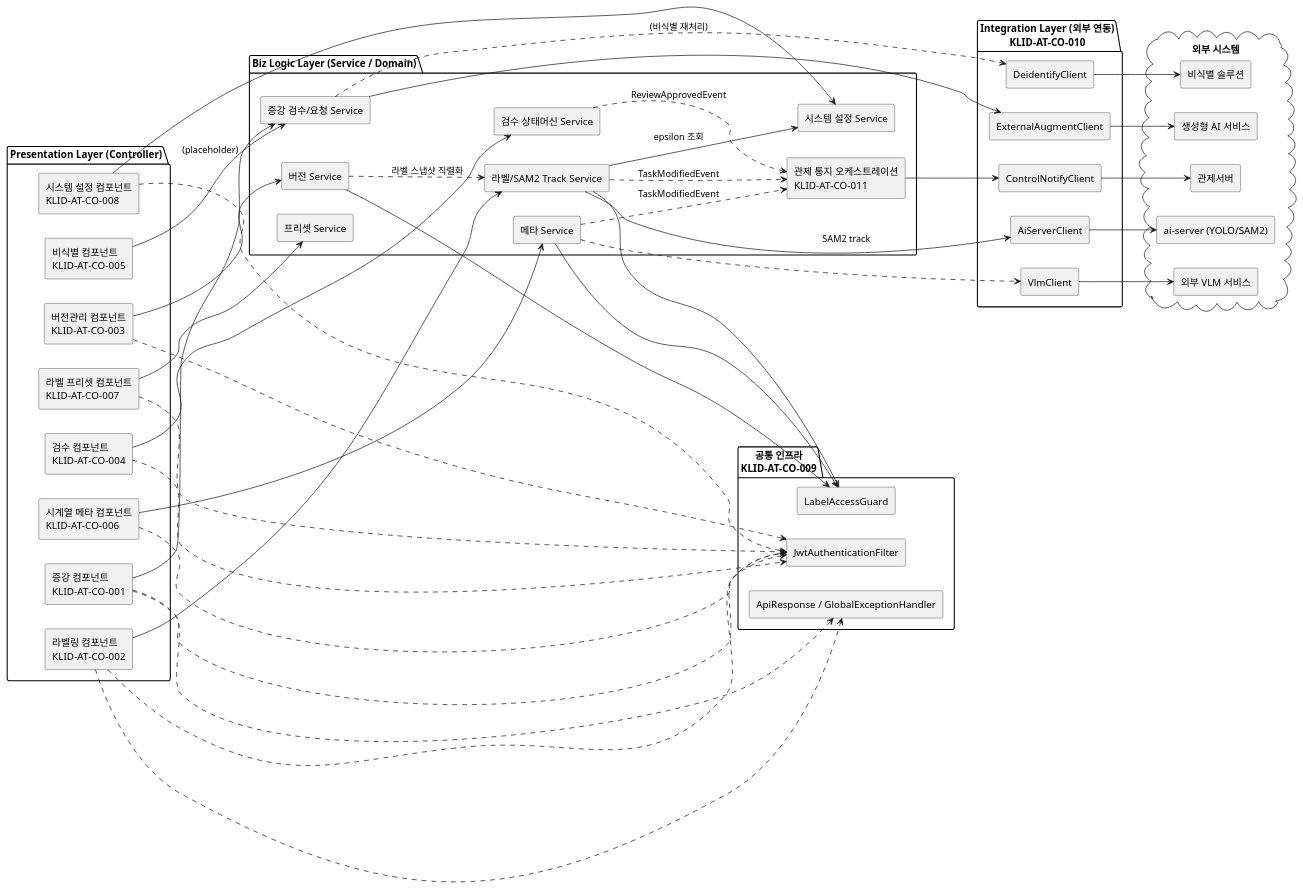
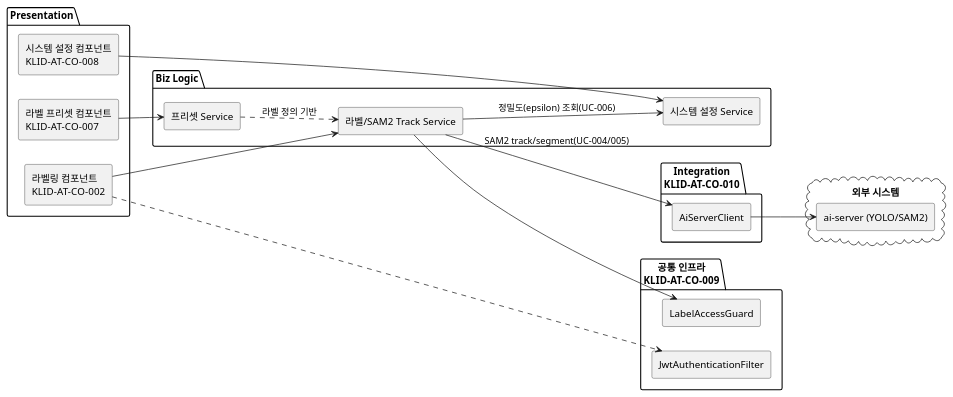
The second of 5 diagrams in docs/design/D3-컴포넌트설계서.md (New-stella/klid-label), drawn with PlantUML before and after one commit. The commit also changed other lines of this file and 1 other file, not shown here.

First line of the commit message:
docs(design): D3 컴포넌트 구조도를 CBD 양식대로 유스케이스(UCD)별로 재작성

````diff
--- a/docs/design/D3-컴포넌트설계서.md
+++ b/docs/design/D3-컴포넌트설계서.md
@@ -40,88 +80,34 @@
 @startuml
 skinparam componentStyle rectangle
 left to right direction
-
-package "Presentation Layer (Controller)" {
-  [증강 컴포넌트\nKLID-AT-CO-001] as AUG
+package "Presentation" {
   [라벨링 컴포넌트\nKLID-AT-CO-002] as LBL
-  [버전관리 컴포넌트\nKLID-AT-CO-003] as VER
-  [검수 컴포넌트\nKLID-AT-CO-004] as RVW
-  [비식별 컴포넌트\nKLID-AT-CO-005] as DEID
-  [시계열 메타 컴포넌트\nKLID-AT-CO-006] as META
   [라벨 프리셋 컴포넌트\nKLID-AT-CO-007] as PRE
   [시스템 설정 컴포넌트\nKLID-AT-CO-008] as CFG
 }
-
-package "Biz Logic Layer (Service / Domain)" {
-  [증강 검수/요청 Service] as AUGS
+package "Biz Logic" {
   [라벨/SAM2 Track Service] as LBLS
-  [버전 Service] as VERS
-  [검수 상태머신 Service] as RVWS
-  [메타 Service] as METAS
   [프리셋 Service] as PRES
   [시스템 설정 Service] as CFGS
-  [관제 통지 오케스트레이션\nKLID-AT-CO-011] as NOTI
 }
-
 package "공통 인프라\nKLID-AT-CO-009" {
   [JwtAuthenticationFilter] as JWT
-  [ApiResponse / GlobalExceptionHandler] as RESP
   [LabelAccessGuard] as GUARD
 }
-
-package "Integration Layer (외부 연동)\nKLID-AT-CO-010" {
+package "Integration\nKLID-AT-CO-010" {
   [AiServerClient] as AISC
-  [VlmClient] as VLMC
-  [DeidentifyClient] as DEIDC
-  [ControlNotifyClient] as CNC
-  [ExternalAugmentClient] as EAC
 }
-
 cloud "외부 시스템" {
   [ai-server (YOLO/SAM2)] as AISRV
-  [외부 VLM 서비스] as VLMSRV
-  [비식별 솔루션] as DEIDSRV
-  [관제서버] as CTRL
-  [생성형 AI 서비스] as GENAI
 }
-
-AUG --> AUGS
 LBL --> LBLS
-VER --> VERS
-RVW --> RVWS
-DEID --> AUGS : (placeholder)
-META --> METAS
 PRE --> PRES
 CFG --> CFGS
-
-AUG ..> JWT
 LBL ..> JWT
-VER ..> JWT
-RVW ..> JWT
-META ..> JWT
-PRE ..> JWT
-CFG ..> JWT
-AUG ..> RESP
-LBL ..> RESP
-
 LBLS --> GUARD
-VERS --> GUARD
-METAS --> GUARD
-LBLS --> CFGS : epsilon 조회
-VERS ..> LBLS : 라벨 스냅샷 직렬화
-
-LBLS --> AISC : SAM2 track
+LBLS --> AISC : SAM2 track/segment(UC-004/005)
 AISC --> AISRV
-METAS ..> VLMC
-VLMC --> VLMSRV
-AUGS --> EAC
-EAC --> GENAI
-RVWS ..> NOTI : ReviewApprovedEvent
-LBLS ..> NOTI : TaskModifiedEvent
-METAS ..> NOTI : TaskModifiedEvent
-NOTI --> CNC
-CNC --> CTRL
-AUGS ..> DEIDC : (비식별 재처리)
-DEIDC --> DEIDSRV
+LBLS --> CFGS : 정밀도(epsilon) 조회(UC-006)
+PRES ..> LBLS : 라벨 정의 기반
 @enduml
 ```
````
